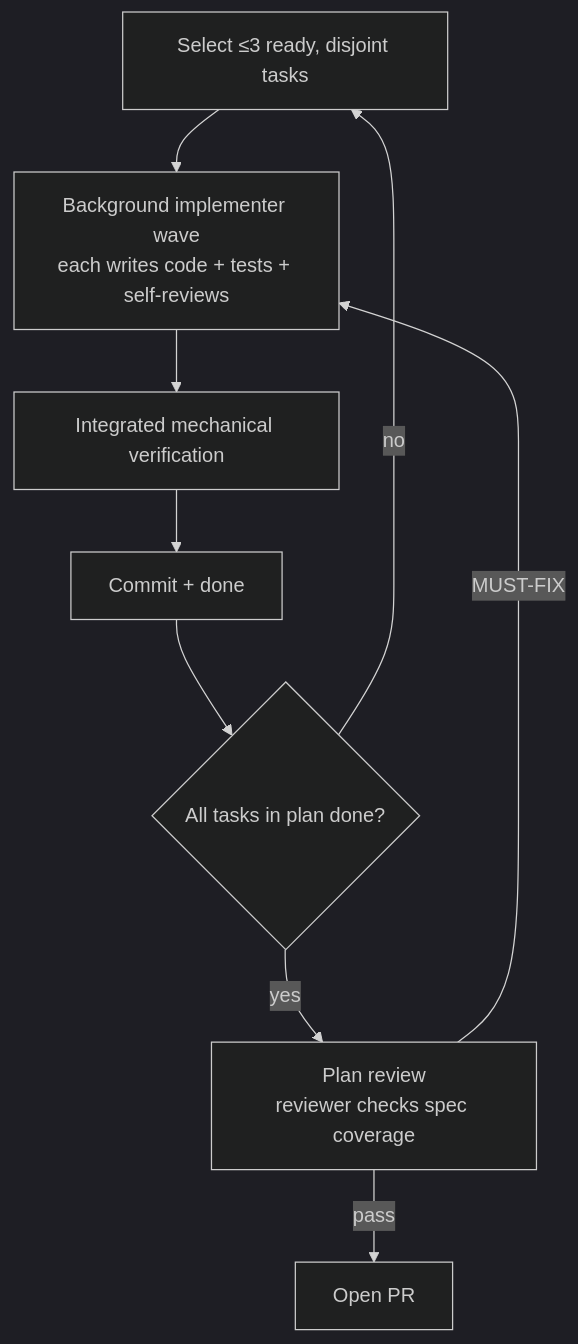
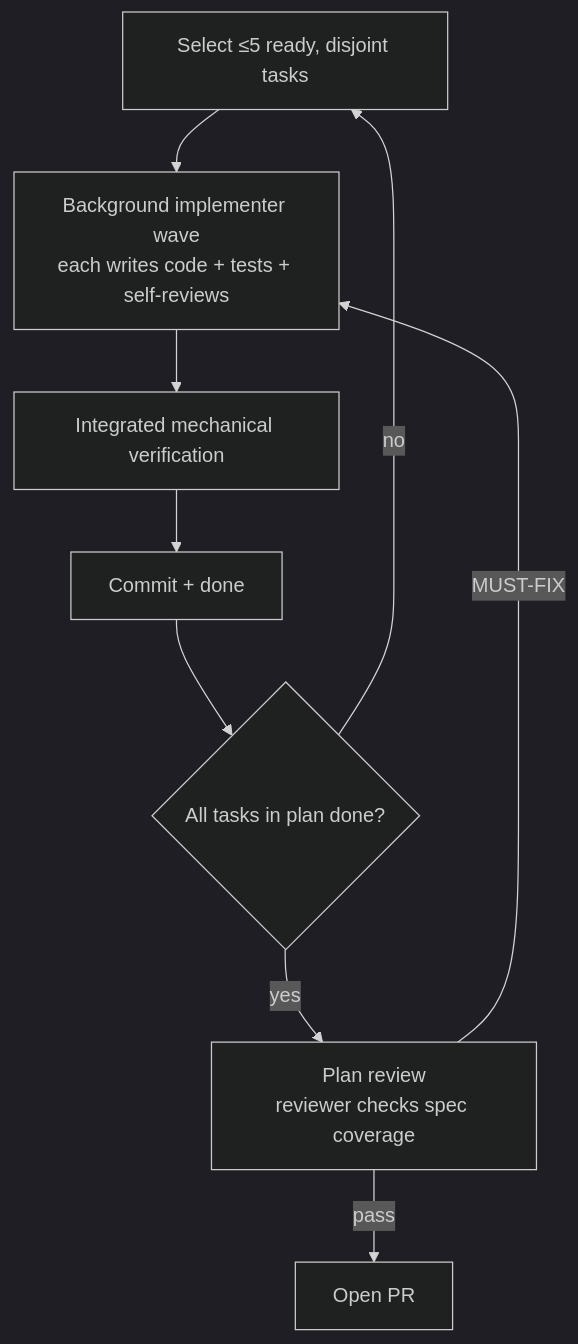
Before and after one commit to bperin/project-context: the third of 3 diagrams in src/workflows/overview.md, drawn with Mermaid (dark theme). The commit also changed other lines of this file and 10 other files, not shown here.

````diff
--- a/src/workflows/overview.md
+++ b/src/workflows/overview.md
@@ -41,11 +41,11 @@
 ```mermaid
 flowchart TD
-    CTX["Select ≤3 ready, disjoint tasks"] --> P["Background implementer wave<br/>each writes code + tests + self-reviews"]
+    CTX["Select ≤5 ready, disjoint tasks"] --> P["Background implementer wave<br/>each writes code + tests + self-reviews"]
     P --> V["Integrated mechanical verification"]
     V --> COM["Commit + done"]
     COM --> ALLDONE{"All tasks in plan done?"}
     ALLDONE -->|no| CTX
     ALLDONE -->|yes| PLANREV["Plan review<br/>reviewer checks spec coverage"]
     PLANREV -->|MUST-FIX| P
     PLANREV -->|pass| PR["Open PR"]
 ```
````
